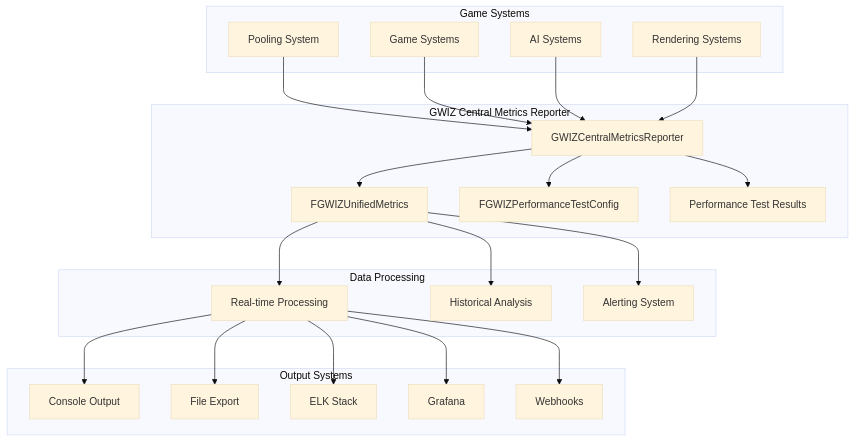
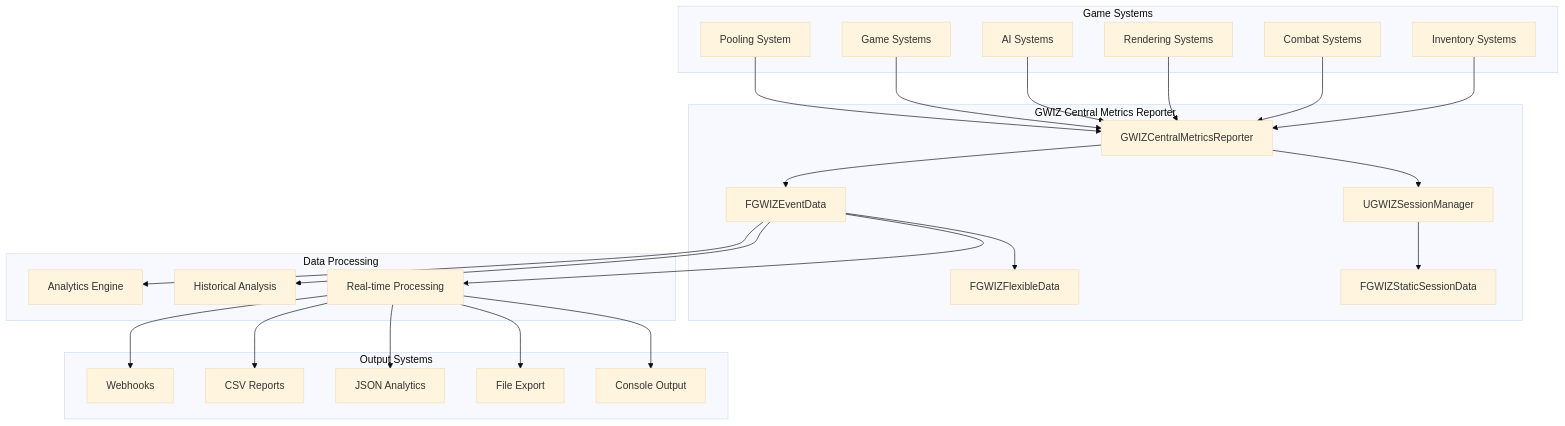
One commit to DeadmanJack/PlanetDefender changed the first of 4 diagrams in docs/metrics/GWIZCentralMetricsReporter_Design.md. Above: the diagram before and after it, drawn with Mermaid (base theme). The commit also changed other lines of this file and 6 other files, not shown here.

Commit message:
Updated plan for metrics gathering, data structures, etc

````diff
--- a/docs/metrics/GWIZCentralMetricsReporter_Design.md
+++ b/docs/metrics/GWIZCentralMetricsReporter_Design.md
@@ -9,49 +11,55 @@
 ```mermaid
 graph TB
     subgraph "Game Systems"
         PS[Pooling System]
         GS[Game Systems]
         AS[AI Systems]
         RS[Rendering Systems]
+        CS[Combat Systems]
+        IS[Inventory Systems]
     end
     
     subgraph "GWIZ Central Metrics Reporter"
         CMR[GWIZCentralMetricsReporter]
-        UM[FGWIZUnifiedMetrics]
-        PTC[FGWIZPerformanceTestConfig]
-        PTR[Performance Test Results]
+        SM[UGWIZSessionManager]
+        SD[FGWIZStaticSessionData]
+        ED[FGWIZEventData]
+        FD[FGWIZFlexibleData]
     end
     
     subgraph "Data Processing"
         RT[Real-time Processing]
         HT[Historical Analysis]
-        AL[Alerting System]
+        AL[Analytics Engine]
     end
     
     subgraph "Output Systems"
         CON[Console Output]
         FILE[File Export]
-        ELK[ELK Stack]
-        GRAF[Grafana]
+        JSON[JSON Analytics]
+        CSV[CSV Reports]
         WEB[Webhooks]
     end
     
     PS --> CMR
     GS --> CMR
     AS --> CMR
     RS --> CMR
+    CS --> CMR
+    IS --> CMR
     
-    CMR --> UM
-    CMR --> PTC
-    CMR --> PTR
+    CMR --> SM
+    SM --> SD
+    CMR --> ED
+    ED --> FD
     
-    UM --> RT
-    UM --> HT
-    UM --> AL
+    ED --> RT
+    ED --> HT
+    ED --> AL
     
     RT --> CON
     RT --> FILE
-    RT --> ELK
-    RT --> GRAF
+    RT --> JSON
+    RT --> CSV
     RT --> WEB
 ```
````
